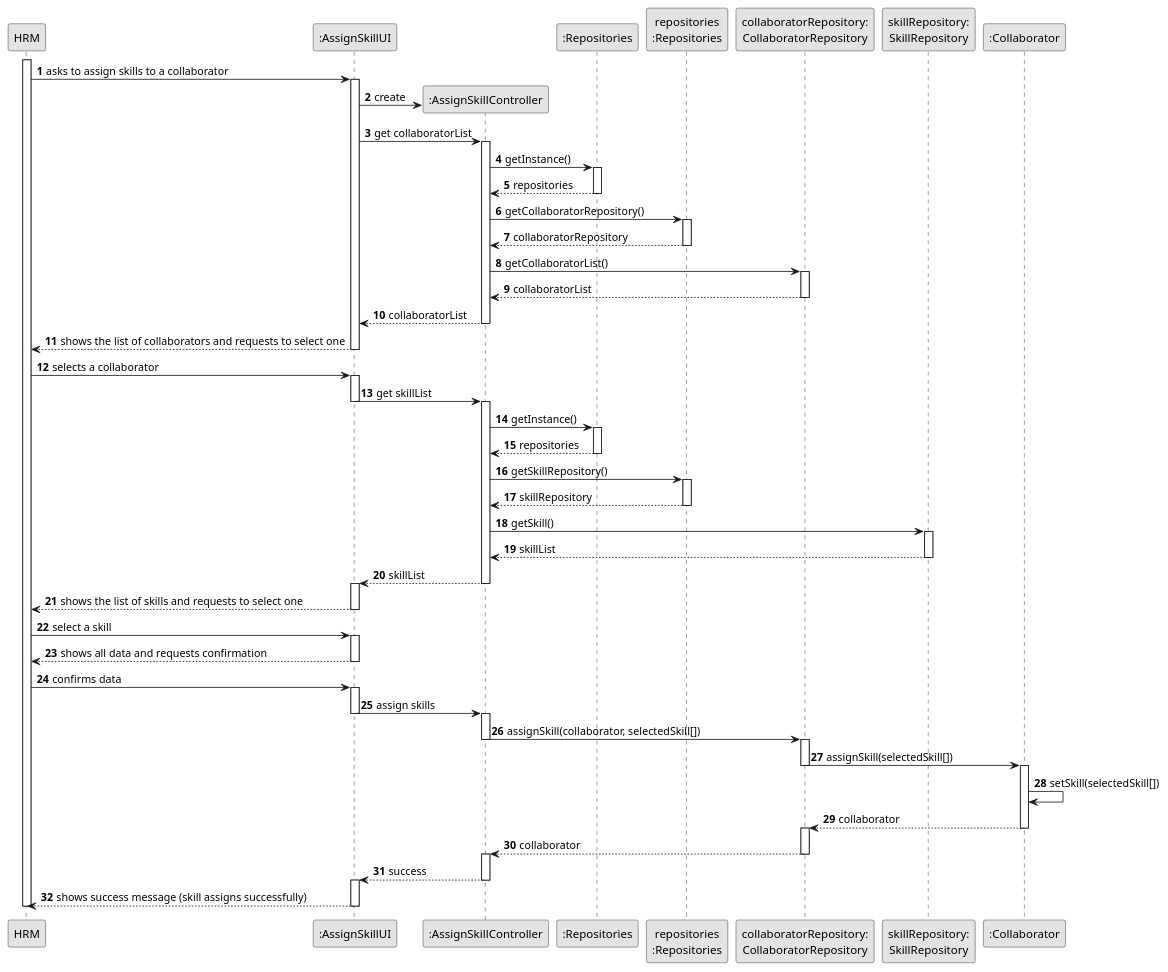
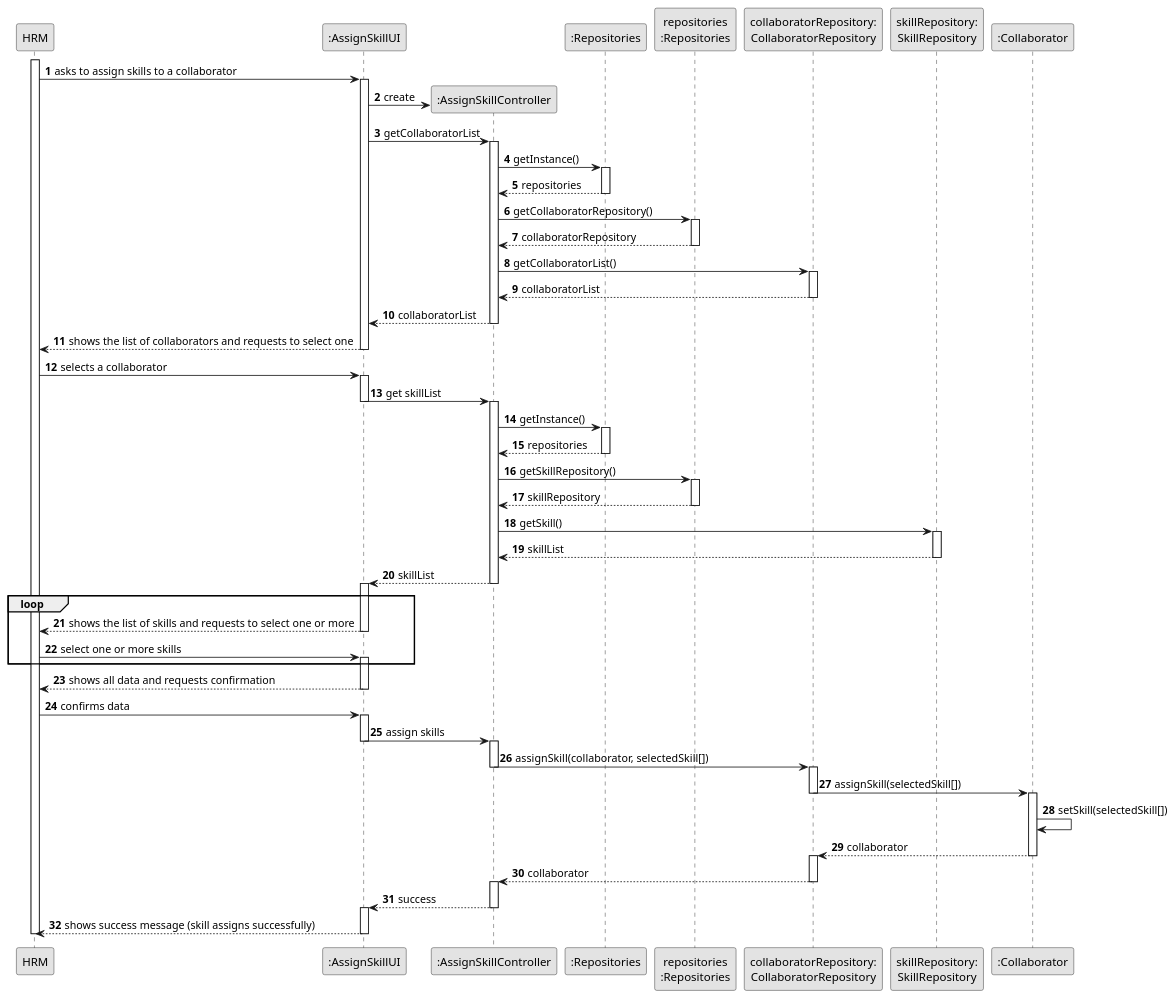
One commit to ricardomm7/leaflink changed the diagram in docs/sprintC/us004/03.design/puml/us004-sequence-diagram-full.puml. Above: the diagram before and after it, drawn with PlantUML. The commit also changed 4 other files, not shown here.

```diff
--- a/docs/sprintC/us004/03.design/puml/us004-sequence-diagram-full.puml
+++ b/docs/sprintC/us004/03.design/puml/us004-sequence-diagram-full.puml
@@ -1,113 +1,117 @@
 @startuml
 skinparam monochrome true
 skinparam packageStyle rectangle
 skinparam shadowing false
 
 autonumber
 
 participant "HRM" as HRM
 participant ":AssignSkillUI" as UI
 participant ":AssignSkillController" as CTRL
 participant ":Repositories" as GlobRepo
 participant "repositories\n:Repositories" as PLAT
 participant "collaboratorRepository:\nCollaboratorRepository" as CLBREP
 participant "skillRepository:\nSkillRepository" as skillRepository
 participant ":Collaborator" as CLB
 
 
 activate HRM
 HRM -> UI : asks to assign skills to a collaborator
 activate UI
 UI -> CTRL** : create
 
-UI -> CTRL: get collaboratorList
+UI -> CTRL: getCollaboratorList
 activate CTRL
 
 CTRL -> GlobRepo : getInstance()
 activate GlobRepo
 GlobRepo --> CTRL : repositories
 deactivate GlobRepo
 CTRL -> PLAT : getCollaboratorRepository()
 activate PLAT
 PLAT -->  CTRL: collaboratorRepository
 deactivate PLAT
 
 CTRL -> CLBREP : getCollaboratorList()
 activate CLBREP
 CLBREP --> CTRL : collaboratorList
 deactivate CLBREP
 CTRL --> UI : collaboratorList
 deactivate CTRL
 UI --> HRM : shows the list of collaborators and requests to select one
 deactivate UI
 
 HRM -> UI : selects a collaborator
 activate UI
 
 UI -> CTRL : get skillList
 deactivate UI
 activate CTRL
 
 CTRL -> GlobRepo : getInstance()
 activate GlobRepo
 
 GlobRepo --> CTRL : repositories
 deactivate GlobRepo
 
 CTRL -> PLAT : getSkillRepository()
 activate PLAT
 
 PLAT -->  CTRL: skillRepository
 deactivate PLAT
 
 CTRL -> skillRepository : getSkill()
 activate skillRepository
 
 skillRepository --> CTRL : skillList
 deactivate skillRepository
 
 CTRL --> UI : skillList
 deactivate CTRL
 activate UI
 
-UI --> HRM : shows the list of skills and requests to select one
-deactivate UI
+loop
 
-HRM -> UI : select a skill
-activate UI
+    UI --> HRM : shows the list of skills and requests to select one or more
+    deactivate UI
+
+    HRM -> UI : select one or more skills
+    activate UI
+
+end loop
 
 UI --> HRM: shows all data and requests confirmation
 deactivate UI
 
 HRM -> UI: confirms data
 activate UI
 
 UI -> CTRL : assign skills
 deactivate UI
 activate CTRL
 
 
 CTRL -> CLBREP : assignSkill(collaborator, selectedSkill[])
 deactivate CTRL
 
 activate CLBREP
 CLBREP -> CLB : assignSkill(selectedSkill[])
 deactivate CLBREP
 activate CLB
 
 CLB -> CLB : setSkill(selectedSkill[])
 
 CLB --> CLBREP : collaborator
 deactivate CLB
 activate CLBREP
 
 CLBREP --> CTRL : collaborator
 deactivate CLBREP
 activate CTRL
 CTRL --> UI : success
 deactivate CTRL
 activate UI
 UI --> HRM : shows success message (skill assigns successfully)
 deactivate UI
 deactivate HRM
 @enduml
```
